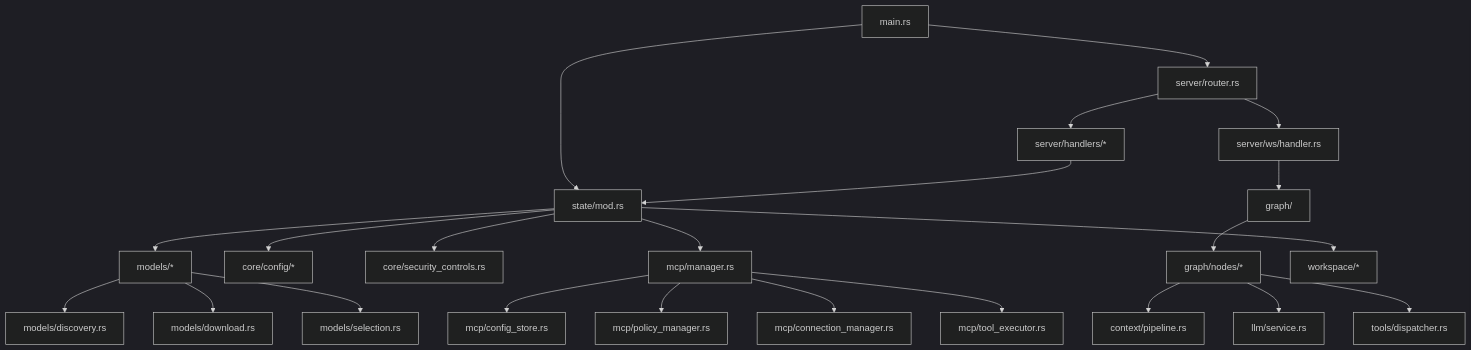
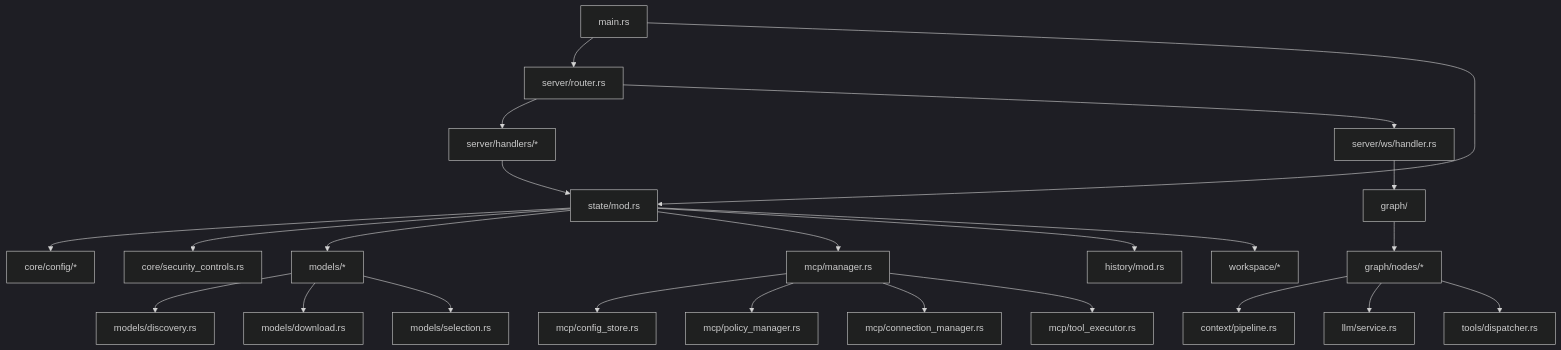
Before and after one commit to coco4atJP/Tepora-alpha: the second of 11 diagrams in docs/architecture/ARCHITECTURE.md, drawn with Mermaid (dark theme).

Commit message:
docs: preserve HistoryStore dependency in architecture diagram

````diff
--- a/docs/architecture/ARCHITECTURE.md
+++ b/docs/architecture/ARCHITECTURE.md
@@ -94,29 +94,30 @@
 ```mermaid
 graph TD
     Main[main.rs] --> Router[server/router.rs]
     Main --> State[state/mod.rs]
 
     Router --> Handlers[server/handlers/*]
     Router --> WS[server/ws/handler.rs]
     Handlers --> State
     WS --> Graph[graph/]
 
     Graph --> Nodes[graph/nodes/*]
     Nodes --> Pipeline[context/pipeline.rs]
     Nodes --> LLM[llm/service.rs]
     Nodes --> Tools[tools/dispatcher.rs]
 
     State --> Config[core/config/*]
     State --> Security[core/security_controls.rs]
     State --> Models[models/*]
     State --> MCP[mcp/manager.rs]
+    State --> History[history/mod.rs]
     State --> Workspace[workspace/*]
 
     MCP --> McpConfig[mcp/config_store.rs]
     MCP --> McpPolicy[mcp/policy_manager.rs]
     MCP --> McpConnection[mcp/connection_manager.rs]
     MCP --> McpTools[mcp/tool_executor.rs]
     Models --> Discovery[models/discovery.rs]
     Models --> Download[models/download.rs]
     Models --> Selection[models/selection.rs]
 ```
````
